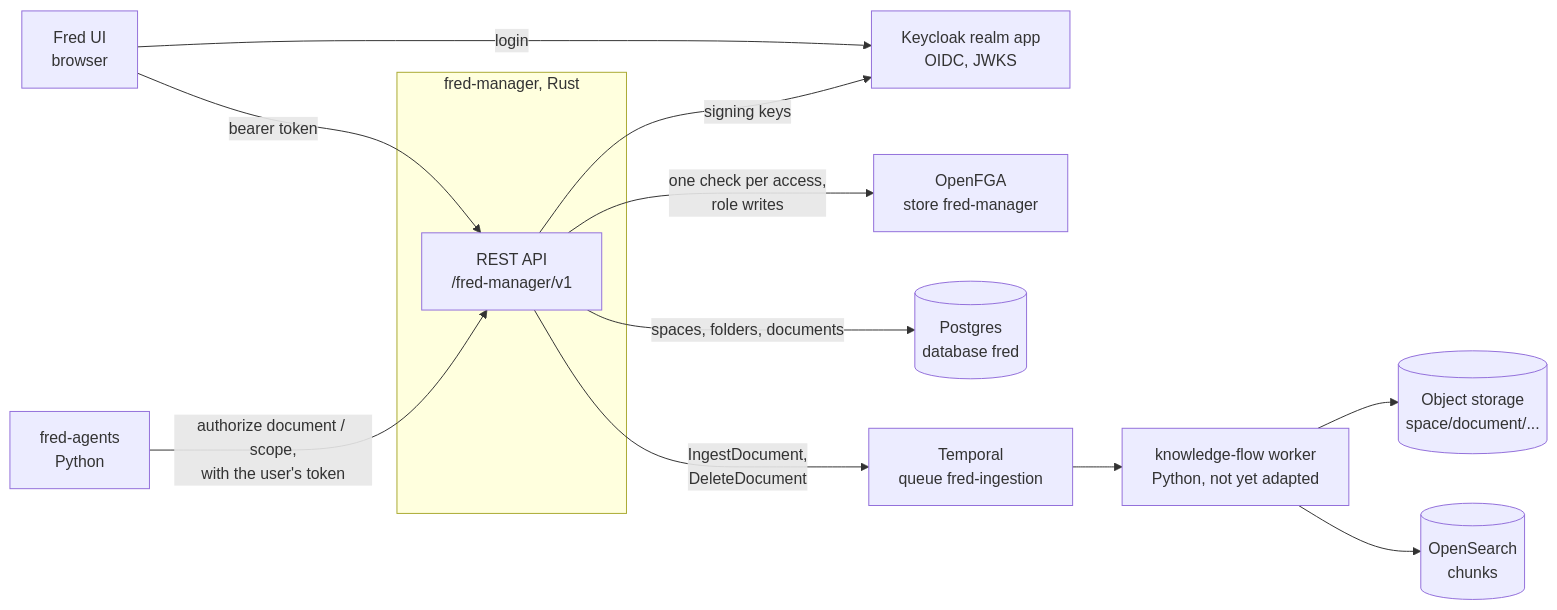
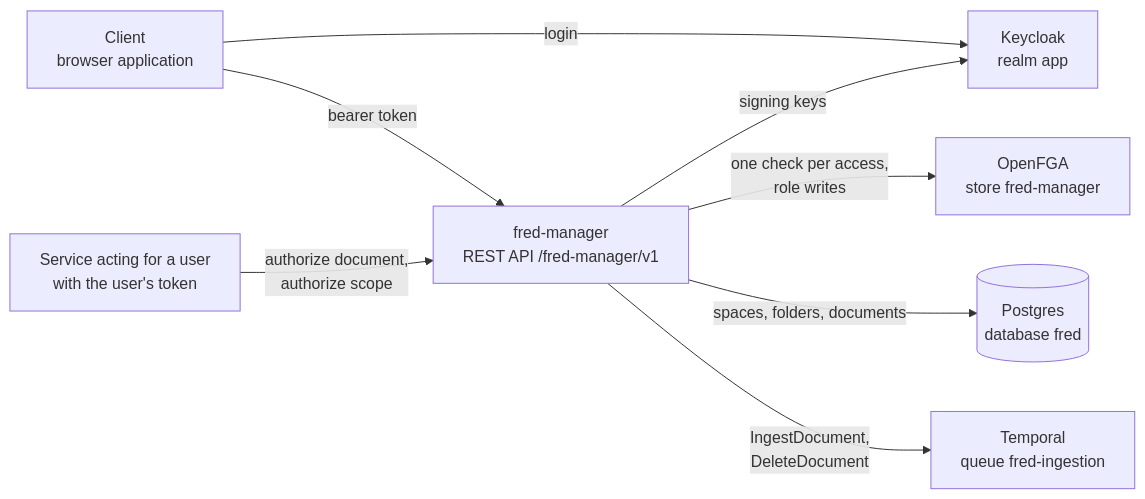
Before and after one commit to ThalesGroup/fred: the diagram in docs/architecture/02-context.md, drawn with Mermaid. The commit also changed other lines of this file and 12 other files, not shown here.

First line of the commit message:
docs(architecture): describe only what is implemented

````diff
--- a/docs/architecture/02-context.md
+++ b/docs/architecture/02-context.md
@@ -3,26 +3,18 @@
 ```mermaid
 flowchart LR
-    ui["Fred UI<br/>browser"]
-    agents["fred-agents<br/>Python"]
-    subgraph manager_box [fred-manager, Rust]
-        manager["REST API<br/>/fred-manager/v1"]
-    end
-    keycloak["Keycloak realm app<br/>OIDC, JWKS"]
+    client["Client<br/>browser application"]
+    caller["Service acting for a user<br/>with the user's token"]
+    manager["fred-manager<br/>REST API /fred-manager/v1"]
+    keycloak["Keycloak<br/>realm app"]
     openfga["OpenFGA<br/>store fred-manager"]
     postgres[("Postgres<br/>database fred")]
     temporal["Temporal<br/>queue fred-ingestion"]
-    worker["knowledge-flow worker<br/>Python, not yet adapted"]
-    storage[("Object storage<br/>space/document/...")]
-    index[("OpenSearch<br/>chunks")]
 
-    ui -- "bearer token" --> manager
-    agents -- "authorize document / scope,<br/>with the user's token" --> manager
-    ui -- "login" --> keycloak
+    client -- "bearer token" --> manager
+    caller -- "authorize document,<br/>authorize scope" --> manager
+    client -- "login" --> keycloak
     manager -- "signing keys" --> keycloak
     manager -- "one check per access,<br/>role writes" --> openfga
     manager -- "spaces, folders, documents" --> postgres
     manager -- "IngestDocument,<br/>DeleteDocument" --> temporal
-    temporal --> worker
-    worker --> storage
-    worker --> index
 ```
````
